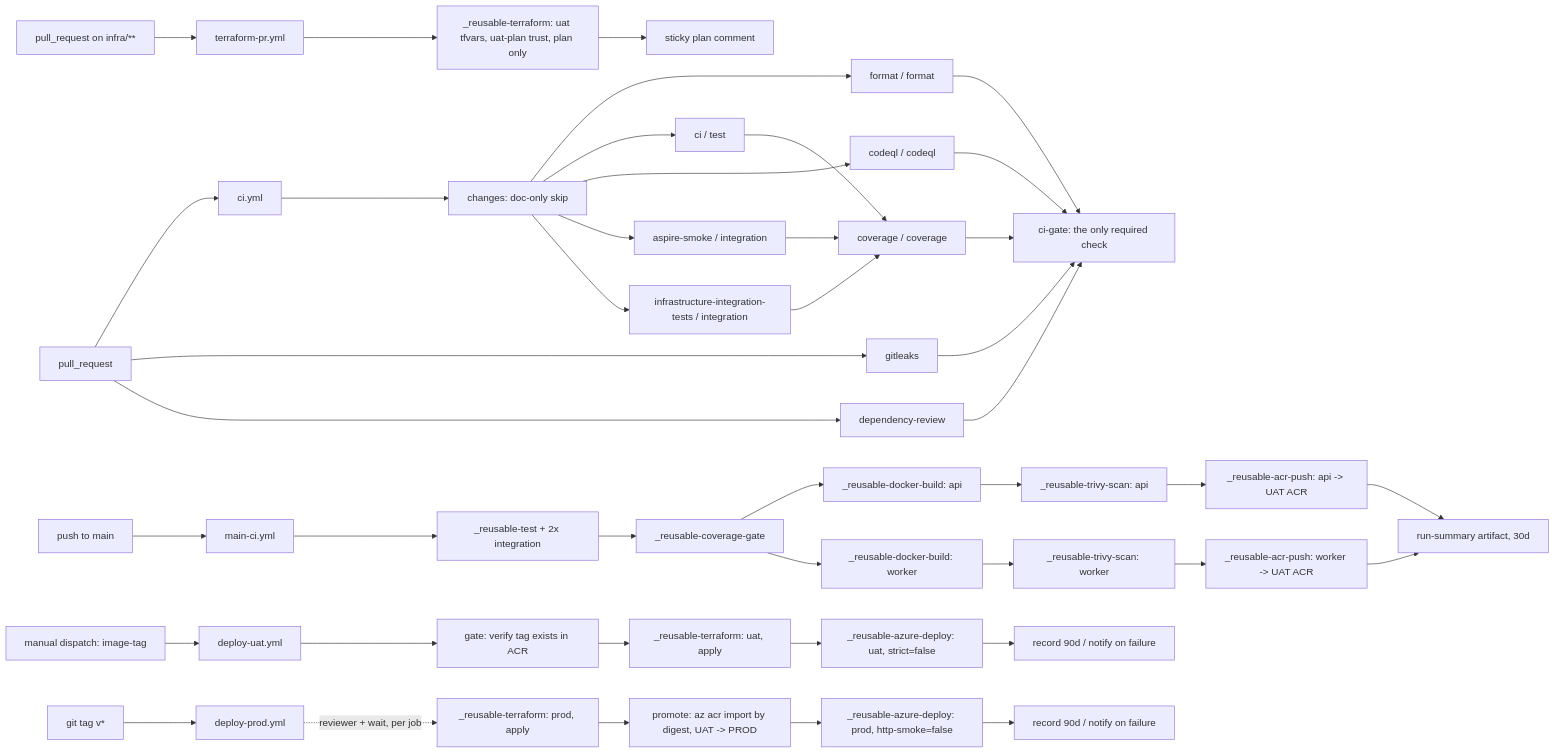
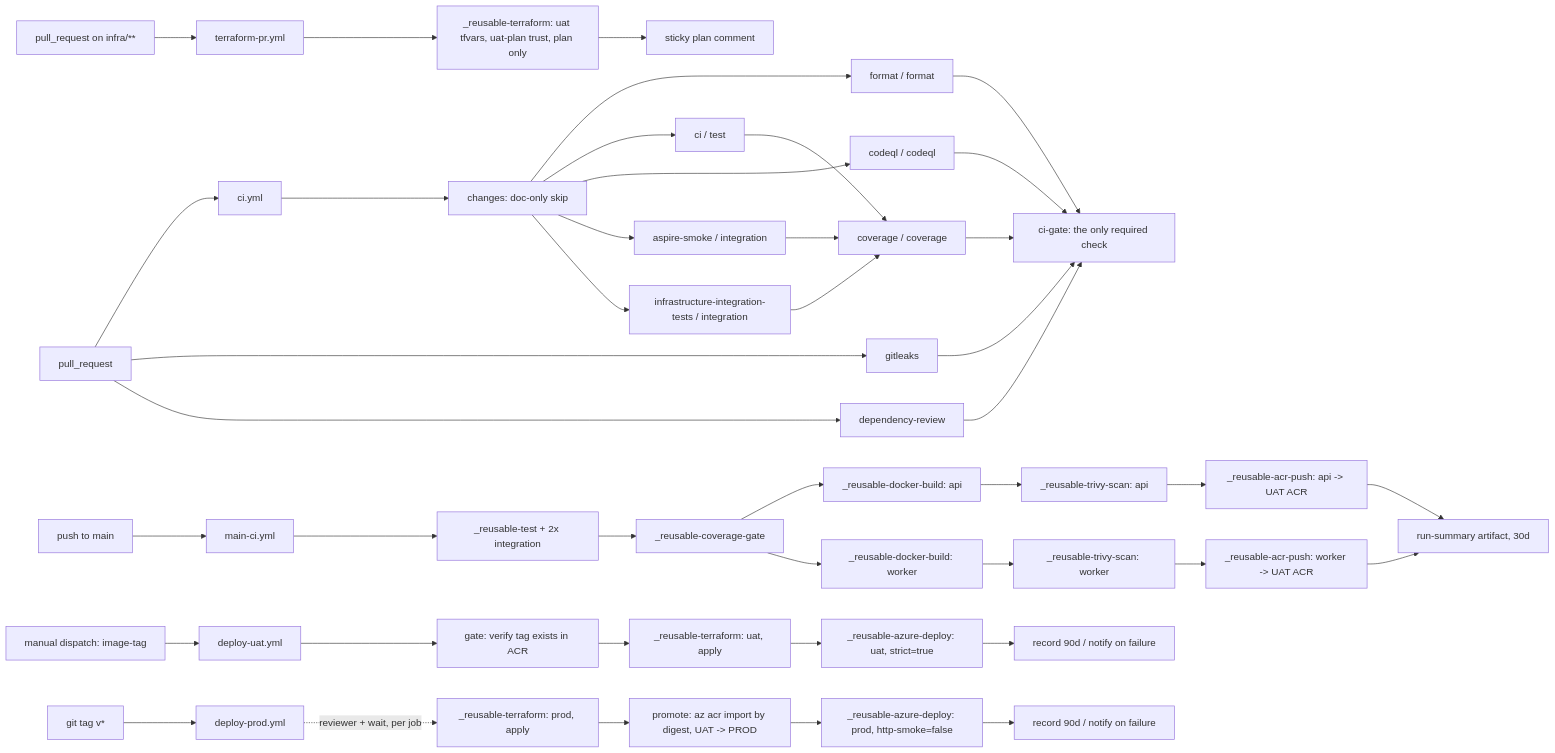
Before and after one commit to mpcs2013/currency-tracker: the diagram in docs/ci-cd/pipelines.md, drawn with Mermaid. The commit also changed other lines of this file and 28 other files, not shown here.

````diff
--- a/docs/ci-cd/pipelines.md
+++ b/docs/ci-cd/pipelines.md
@@ -13,46 +13,46 @@
 ```mermaid
 graph LR
   PR[pull_request] --> CI[ci.yml]
   CI --> CH[changes: doc-only skip]
   CH --> F[format / format]
   CH --> T[ci / test]
   CH --> Q[codeql / codeql]
   CH --> AS[aspire-smoke / integration]
   CH --> II[infrastructure-integration-tests / integration]
   T --> COV[coverage / coverage]
   AS --> COV
   II --> COV
   PR --> GL[gitleaks]
   PR --> DR[dependency-review]
   F --> CG[ci-gate: the only required check]
   Q --> CG
   COV --> CG
   GL --> CG
   DR --> CG
 
   PRI[pull_request on infra/**] --> TFPR[terraform-pr.yml]
   TFPR --> TFU0[_reusable-terraform: uat tfvars, uat-plan trust, plan only]
   TFU0 --> PC[sticky plan comment]
 
   Merge[push to main] --> M[main-ci.yml]
   M --> MT[_reusable-test + 2x integration]
   MT --> MC[_reusable-coverage-gate]
   MC --> D1[_reusable-docker-build: api]
   MC --> D2[_reusable-docker-build: worker]
   D1 --> TR1[_reusable-trivy-scan: api] --> PU1[_reusable-acr-push: api -> UAT ACR]
   D2 --> TR2[_reusable-trivy-scan: worker] --> PU2[_reusable-acr-push: worker -> UAT ACR]
   PU1 --> RS[run-summary artifact, 30d]
   PU2 --> RS
 
   Human[manual dispatch: image-tag] --> U[deploy-uat.yml]
   U --> UG[gate: verify tag exists in ACR]
   UG --> TFU[_reusable-terraform: uat, apply]
-  TFU --> DEPU[_reusable-azure-deploy: uat, strict=false]
+  TFU --> DEPU[_reusable-azure-deploy: uat, strict=true]
   DEPU --> UR[record 90d / notify on failure]
 
   Tag[git tag v*] --> P[deploy-prod.yml]
   P -.->|reviewer + wait, per job| TFP[_reusable-terraform: prod, apply]
   TFP --> PROM[promote: az acr import by digest, UAT -> PROD]
   PROM --> DEPP[_reusable-azure-deploy: prod, http-smoke=false]
   DEPP --> PRREC[record 90d / notify on failure]
 ```
````
